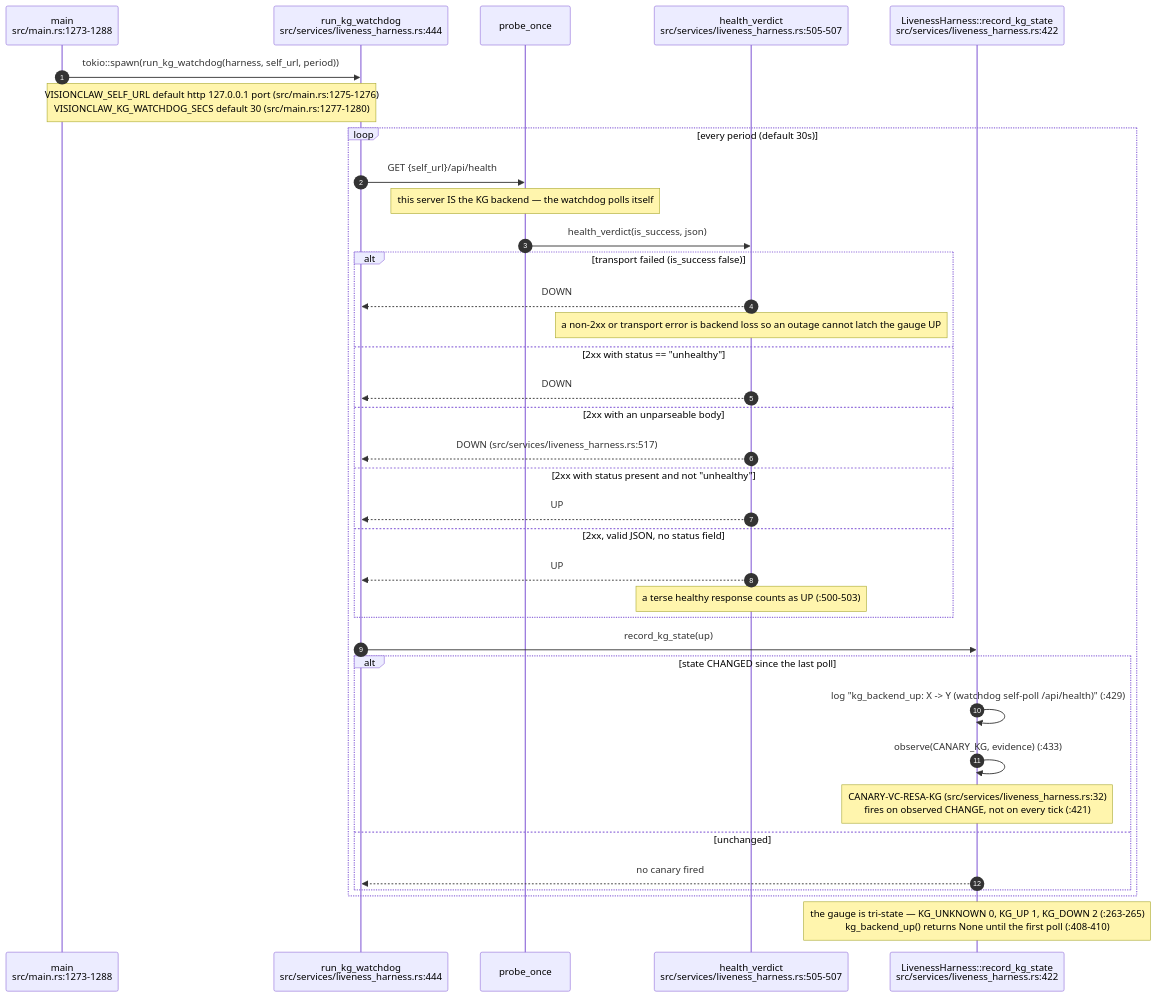
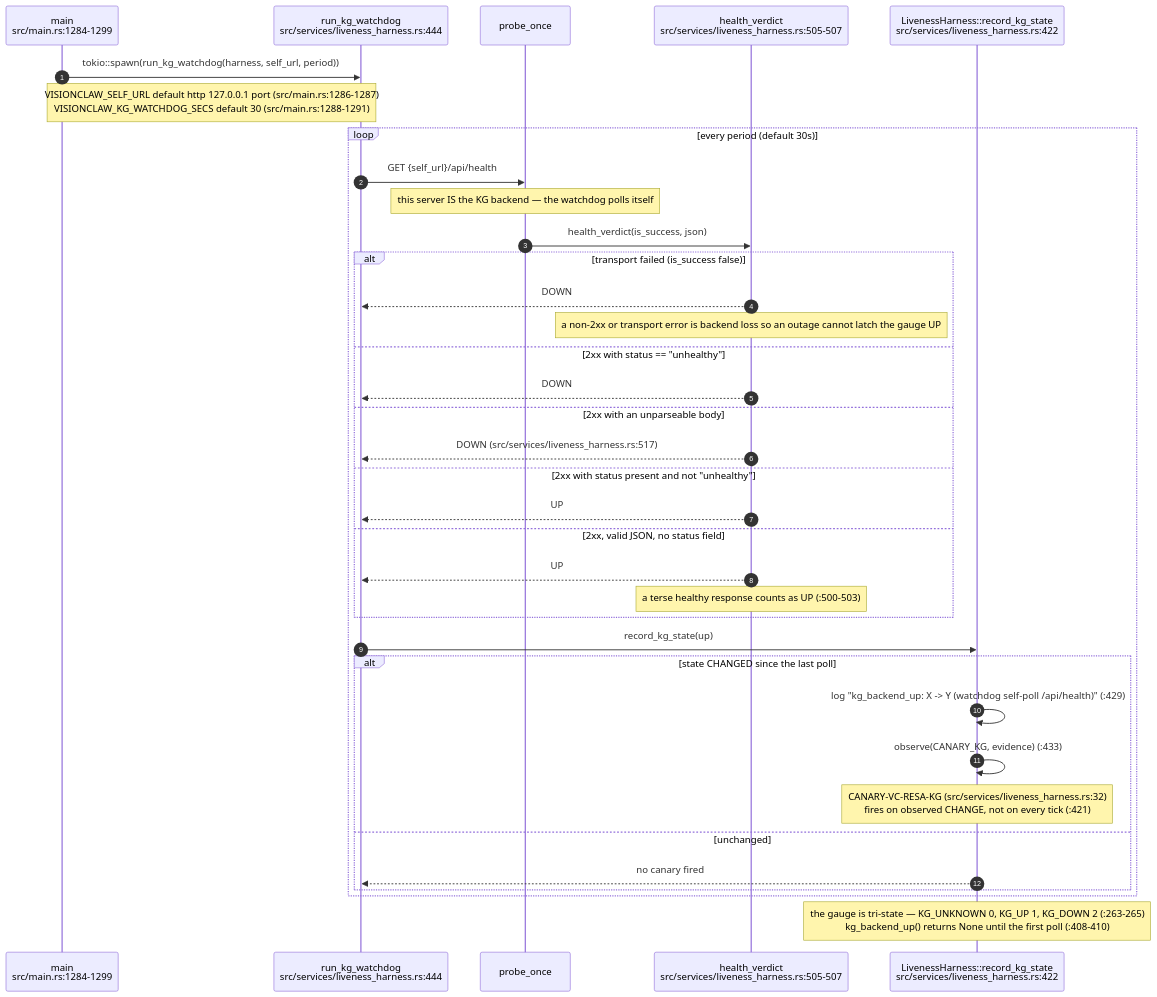
One commit to DreamLab-AI/VisionFlow changed the second of 9 diagrams in docs/diagrams/visionclaw/08-observability-health-and-dev-loop.md. Above: the diagram before and after it, drawn with Mermaid. The commit also changed other lines of this file and 56 other files, not shown here.

First line of the commit message:
docs(diagrams): re-verify VisionClaw topics at ec785afa9, add VC-19/56/57 and the VisionClaw register

````diff
--- a/docs/diagrams/visionclaw/08-observability-health-and-dev-loop.md
+++ b/docs/diagrams/visionclaw/08-observability-health-and-dev-loop.md
@@ -68,39 +76,39 @@
 ```mermaid
 sequenceDiagram
     autonumber
-    participant M as main<br/>src/main.rs:1273-1288
+    participant M as main<br/>src/main.rs:1284-1299
     participant W as run_kg_watchdog<br/>src/services/liveness_harness.rs:444
     participant P as probe_once
     participant V as health_verdict<br/>src/services/liveness_harness.rs:505-507
     participant H as LivenessHarness::record_kg_state<br/>src/services/liveness_harness.rs:422
 
     M->>W: tokio::spawn(run_kg_watchdog(harness, self_url, period))
-    Note over M,W: VISIONCLAW_SELF_URL default http 127.0.0.1 port (src/main.rs:1275-1276)<br/>VISIONCLAW_KG_WATCHDOG_SECS default 30 (src/main.rs:1277-1280)
+    Note over M,W: VISIONCLAW_SELF_URL default http 127.0.0.1 port (src/main.rs:1286-1287)<br/>VISIONCLAW_KG_WATCHDOG_SECS default 30 (src/main.rs:1288-1291)
     loop every period (default 30s)
         W->>P: GET {self_url}/api/health
         Note over P: this server IS the KG backend — the watchdog polls itself
         P->>V: health_verdict(is_success, json)
         alt transport failed (is_success false)
             V-->>W: DOWN
             Note over V: a non-2xx or transport error is backend loss so an outage cannot latch the gauge UP
         else 2xx with status == "unhealthy"
             V-->>W: DOWN
         else 2xx with an unparseable body
             V-->>W: DOWN (src/services/liveness_harness.rs:517)
         else 2xx with status present and not "unhealthy"
             V-->>W: UP
         else 2xx, valid JSON, no status field
             V-->>W: UP
             Note over V: a terse healthy response counts as UP (:500-503)
         end
         W->>H: record_kg_state(up)
         alt state CHANGED since the last poll
             H->>H: log "kg_backend_up: X -> Y (watchdog self-poll /api/health)" (:429)
             H->>H: observe(CANARY_KG, evidence) (:433)
             Note over H: CANARY-VC-RESA-KG (src/services/liveness_harness.rs:32)<br/>fires on observed CHANGE, not on every tick (:421)
         else unchanged
             H-->>W: no canary fired
         end
     end
     Note over H: the gauge is tri-state — KG_UNKNOWN 0, KG_UP 1, KG_DOWN 2 (:263-265)<br/>kg_backend_up() returns None until the first poll (:408-410)
 ```
````
